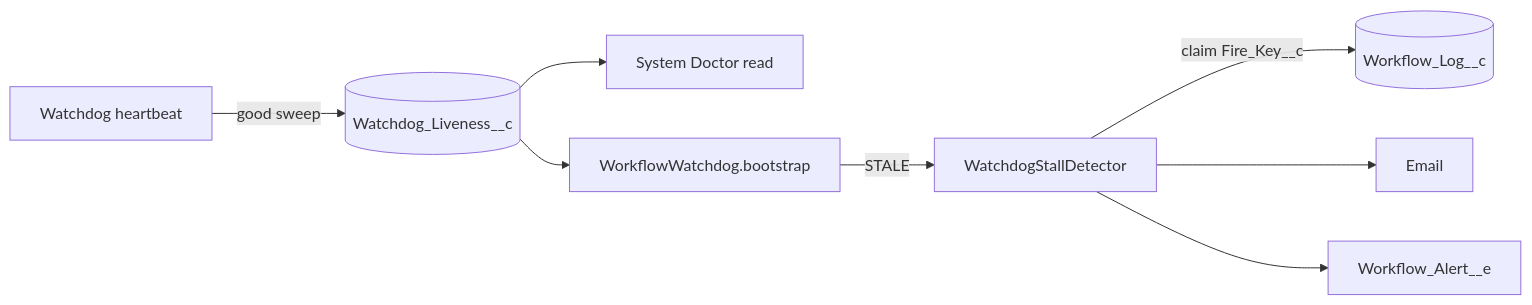
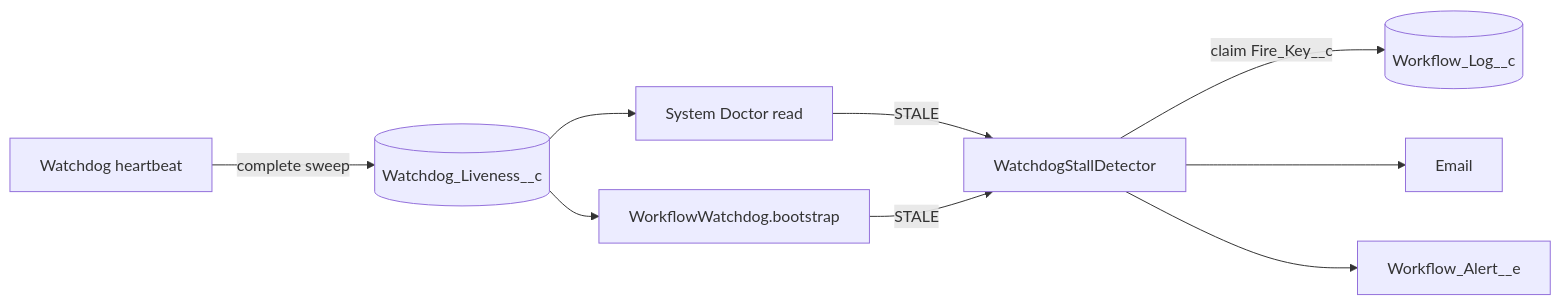
One commit to madmax983/revenant changed the diagram in docs/watchdog-liveness.md. Above: the diagram before and after it, drawn with Mermaid. The commit also changed other lines of this file and 15 other files, not shown here.

First line of the commit message:
fix(watchdog): make the stall detector safe on the orchestrator chain (#113)

````diff
--- a/docs/watchdog-liveness.md
+++ b/docs/watchdog-liveness.md
@@ -9,10 +9,11 @@
 ```mermaid
 flowchart LR
-    HB[Watchdog heartbeat] -->|good sweep| ST[(Watchdog_Liveness__c)]
+    HB[Watchdog heartbeat] -->|complete sweep| ST[(Watchdog_Liveness__c)]
     ST --> DB[System Doctor read]
     ST --> BS[WorkflowWatchdog.bootstrap]
-    BS -->|STALE| DET[WatchdogStallDetector]
+    DB -->|STALE| DET[WatchdogStallDetector]
+    BS -->|STALE| DET
     DET -->|claim Fire_Key__c| LOG[(Workflow_Log__c)]
     DET --> EM[Email]
     DET --> EV[Workflow_Alert__e]
 ```
````
